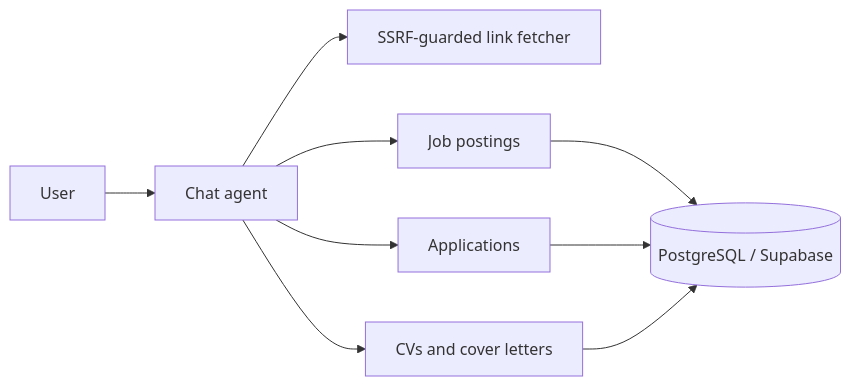
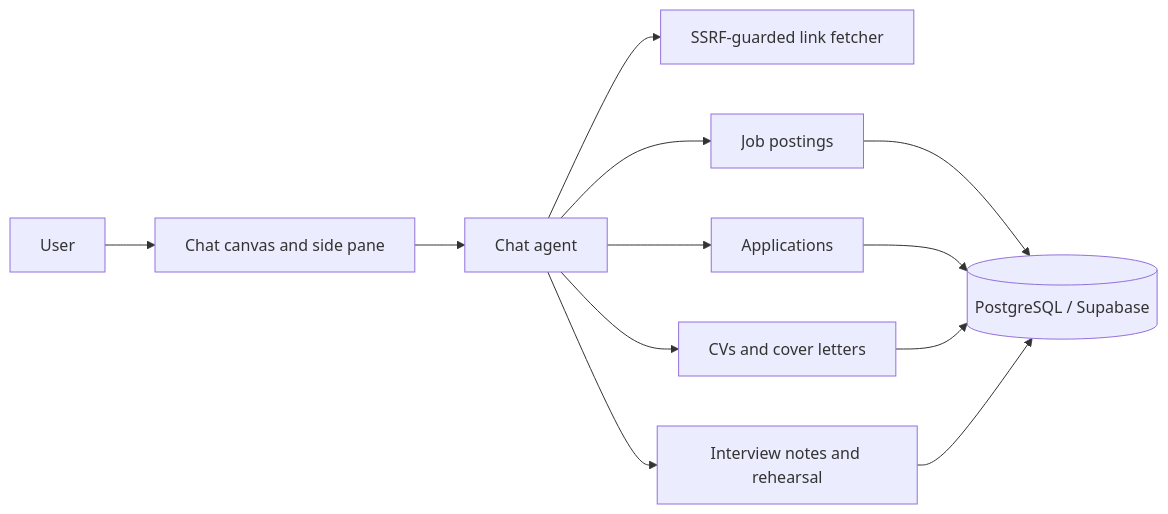
Before and after one commit to binartist/about-me: the diagram in src/en/products/briefed.md, drawn with Mermaid. The commit also changed other lines of this file and 4 other files, not shown here.

````diff
--- a/src/en/products/briefed.md
+++ b/src/en/products/briefed.md
@@ -12,11 +12,14 @@
 ```mermaid
 flowchart LR
-  User[User] --> Chat[Chat agent]
+  User[User] --> Canvas[Chat canvas and side pane]
+  Canvas --> Chat[Chat agent]
   Chat --> Fetch[SSRF-guarded link fetcher]
   Chat --> Postings[Job postings]
   Chat --> Apps[Applications]
   Chat --> Docs[CVs and cover letters]
+  Chat --> Prep[Interview notes and rehearsal]
   Postings --> DB[(PostgreSQL / Supabase)]
   Apps --> DB
   Docs --> DB
+  Prep --> DB
 ```
````
